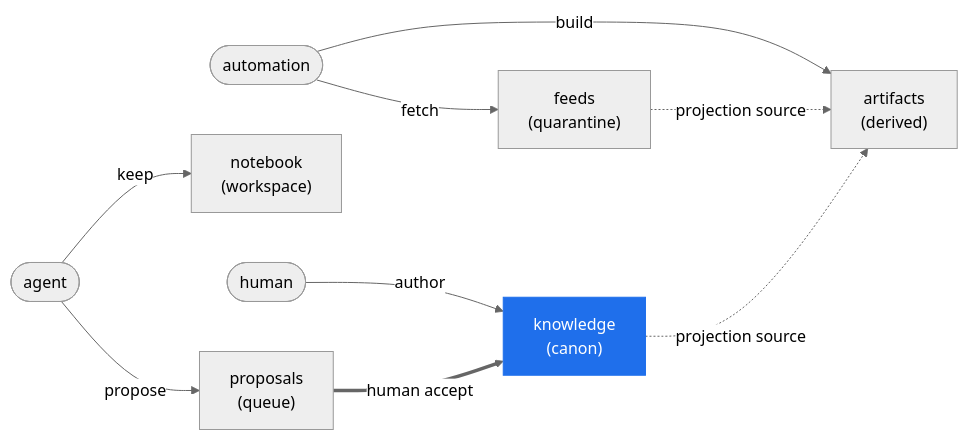
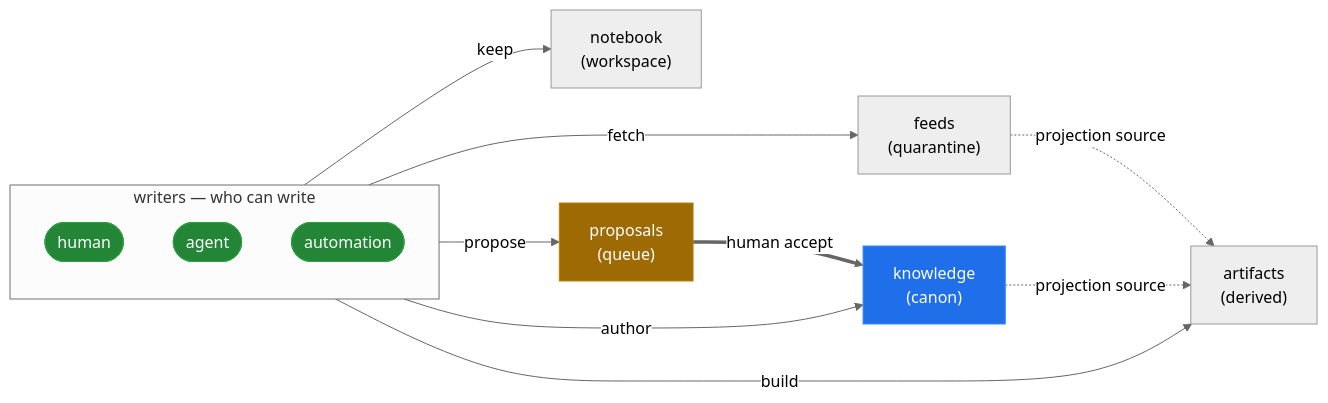
The diagram in README.md (patrick204nqh/textus), drawn with Mermaid (neutral theme) before and after one commit. The commit also changed other lines of this file, not shown here.

Commit message:
docs(readme): redesign flow diagram — group writers, colour-code roles (#123)
The "The idea" flowchart was a flat LR graph where actors and zones were
distinguishable only by node shape. Redesign so it reads at a glance:

- cluster the three writers (human/agent/automation) in a "writers" subgraph
- colour-code the three semantic roles: writers (green), the review gate
  proposals (amber), the trust anchor knowledge (blue)
- add a one-line colour legend under the diagram

Complements the trust×durability quadrant below it: the flow shows *who
writes where*, the quadrant shows *the trust map*.

````diff
--- a/README.md
+++ b/README.md
@@ -28,14 +28,26 @@
 ```mermaid
 flowchart LR
-    human(["human"]) -->|author| knowledge["knowledge<br/>(canon)"]
-    agent(["agent"]) -->|keep| notebook["notebook<br/>(workspace)"]
+    subgraph writers["writers — who can write"]
+        direction TB
+        human(["human"])
+        agent(["agent"])
+        automation(["automation"])
+    end
+
+    human -->|author| knowledge["knowledge<br/>(canon)"]
+    agent -->|keep| notebook["notebook<br/>(workspace)"]
     agent -->|propose| proposals["proposals<br/>(queue)"]
+    automation -->|fetch| feeds["feeds<br/>(quarantine)"]
+    automation -->|build| artifacts["artifacts<br/>(derived)"]
+
     proposals ==>|human accept| knowledge
-    automation(["automation"]) -->|fetch| feeds["feeds<br/>(quarantine)"]
-    automation -->|build| artifacts["artifacts<br/>(derived)"]
     feeds -.->|projection source| artifacts
     knowledge -.->|projection source| artifacts
 
-    classDef anchor fill:#1f6feb,stroke:#1f6feb,color:#fff;
+    classDef actor fill:#238636,stroke:#2ea043,color:#fff;
+    classDef gate fill:#9e6a03,stroke:#bb8009,color:#fff;
+    classDef anchor fill:#1f6feb,stroke:#388bfd,color:#fff;
+    class human,agent,automation actor;
+    class proposals gate;
     class knowledge anchor;
 ```
````
